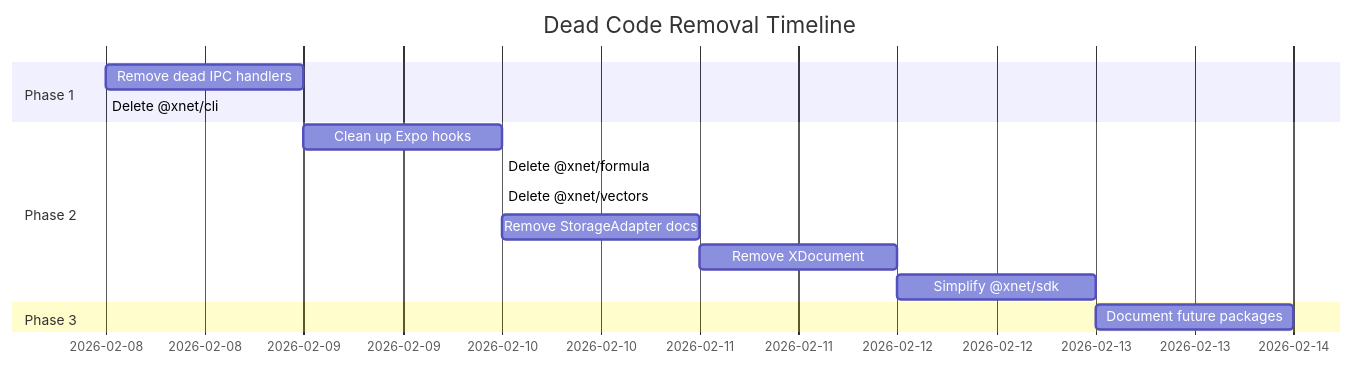
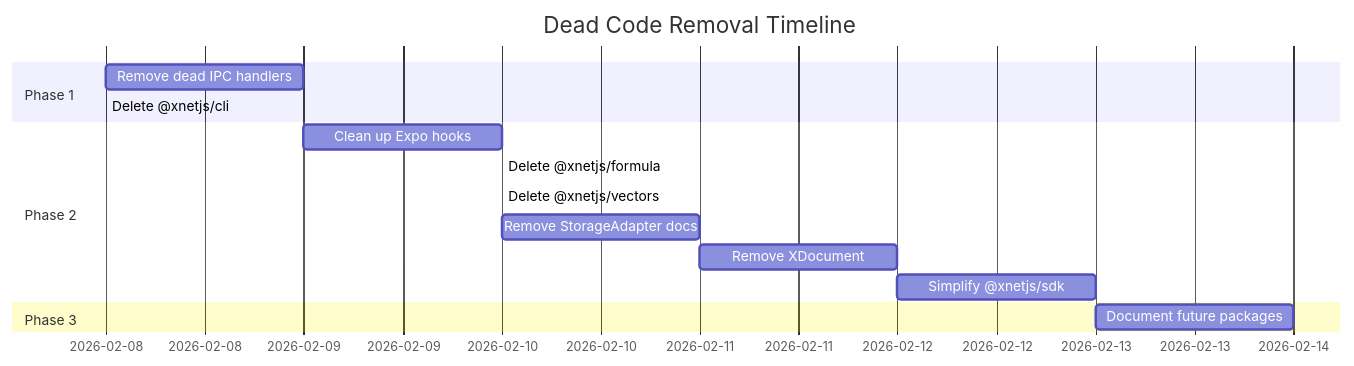
One commit to crs48/xNet changed the seventh of 7 diagrams in docs/explorations/0073_[-]_STORAGEADAPTER_REMOVAL.md. Above: the diagram before and after it, drawn with Mermaid. The commit also changed other lines of this file and 980 other files, not shown here.

````diff
--- a/docs/explorations/0073_[-]_STORAGEADAPTER_REMOVAL.md
+++ b/docs/explorations/0073_[-]_STORAGEADAPTER_REMOVAL.md
@@ -742,17 +742,17 @@
 ```mermaid
 gantt
     title Dead Code Removal Timeline
     dateFormat  YYYY-MM-DD
     section Phase 1
     Remove dead IPC handlers      :a1, 2026-02-08, 0.5d
-    Delete @xnet/cli              :a2, 2026-02-08, 0.25d
+    Delete @xnetjs/cli              :a2, 2026-02-08, 0.25d
     section Phase 2
     Clean up Expo hooks           :b1, after a1, 1d
-    Delete @xnet/formula          :b2, after b1, 0.25d
-    Delete @xnet/vectors          :b3, after b2, 0.25d
+    Delete @xnetjs/formula          :b2, after b1, 0.25d
+    Delete @xnetjs/vectors          :b3, after b2, 0.25d
     Remove StorageAdapter docs    :b4, after b3, 0.5d
     Remove XDocument              :b5, after b4, 0.5d
-    Simplify @xnet/sdk            :b6, after b5, 0.5d
+    Simplify @xnetjs/sdk            :b6, after b5, 0.5d
     section Phase 3
     Document future packages      :c1, after b6, 0.5d
 ```
````
